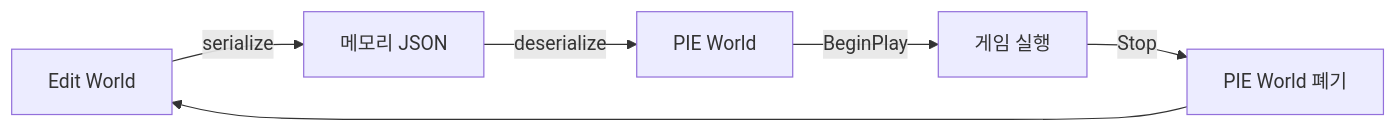
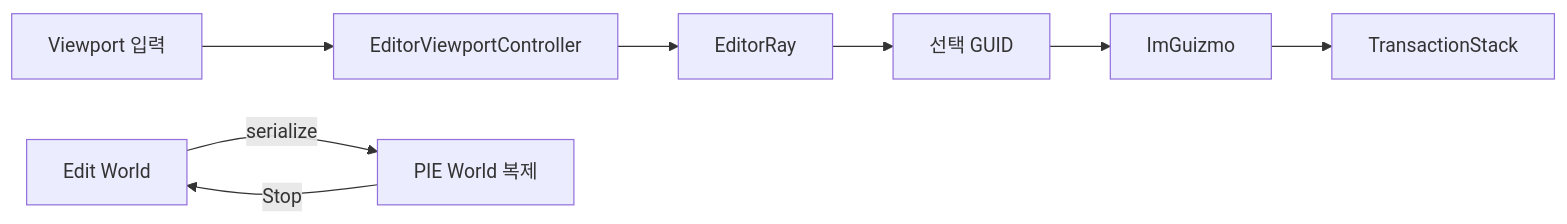
The diagram in docs/modules/editor-and-pie.md (gitUserKHS/game_engine), drawn with Mermaid before and after one commit. The commit also changed other lines of this file and 28 other files, not shown here.

````diff
--- a/docs/modules/editor-and-pie.md
+++ b/docs/modules/editor-and-pie.md
@@ -23,8 +24,10 @@
 ```mermaid
 flowchart LR
-    Edit["Edit World"] -->|serialize| Json["메모리 JSON"]
-    Json -->|deserialize| PIE["PIE World"]
-    PIE -->|BeginPlay| Run["게임 실행"]
-    Run -->|Stop| Drop["PIE World 폐기"]
-    Drop --> Edit
+    Input["Viewport 입력"] --> Camera["EditorViewportController"]
+    Camera --> Ray["EditorRay"]
+    Ray --> Select["선택 GUID"]
+    Select --> Gizmo["ImGuizmo"]
+    Gizmo --> Transaction["TransactionStack"]
+    Edit["Edit World"] -->|serialize| PIE["PIE World 복제"]
+    PIE -->|Stop| Edit
 ```
````
